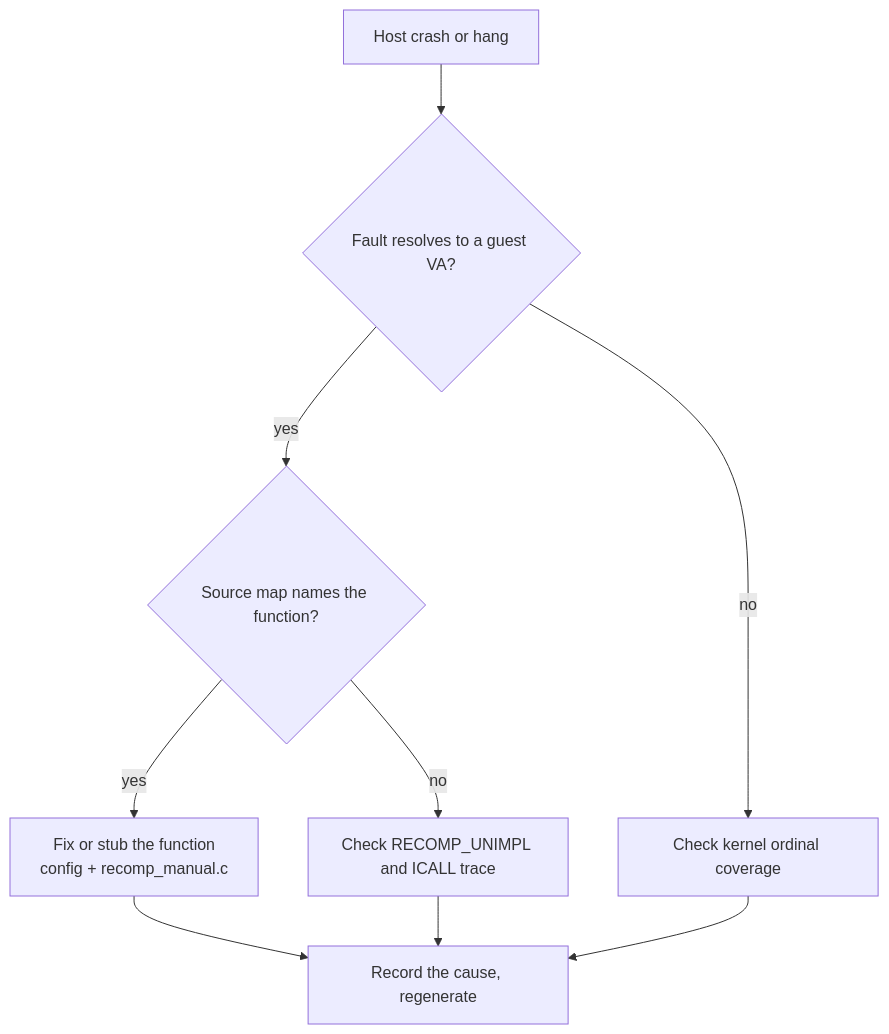
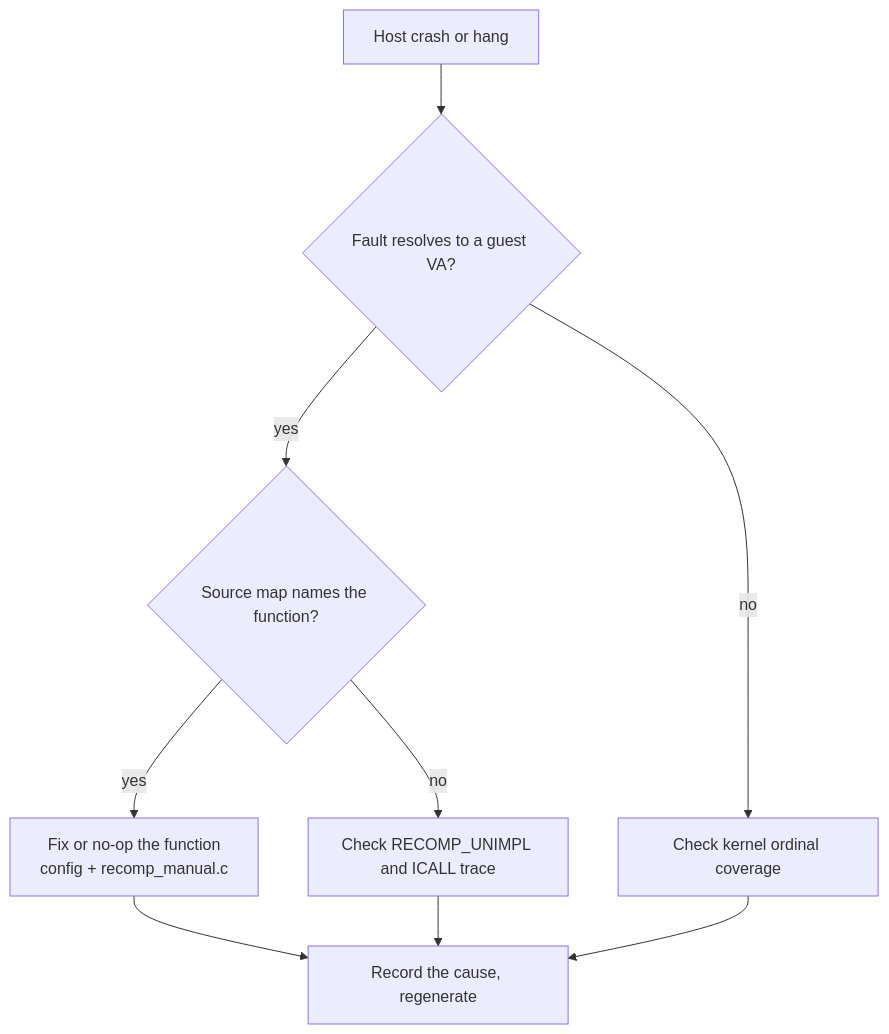
The eighth of 8 diagrams in recomp/docs/10-architecture.md (Modded-Software/xbox-on-deb), drawn with Mermaid before and after one commit. The commit also changed other lines of this file and 119 other files, not shown here.

````diff
--- a/recomp/docs/10-architecture.md
+++ b/recomp/docs/10-architecture.md
@@ -279,19 +279,19 @@
 ```mermaid
 flowchart TB
     Crash["Host crash or hang"]
     Addr{"Fault resolves to a guest VA?"}
     Named{"Source map names the function?"}
-    Override["Fix or stub the function<br/>config + recomp_manual.c"]
+    Override["Fix or no-op the function<br/>config + recomp_manual.c"]
     Unimpl["Check RECOMP_UNIMPL and ICALL trace"]
     Kernel["Check kernel ordinal coverage"]
     Record["Record the cause, regenerate"]
 
     Crash --> Addr
     Addr -->|yes| Named
     Addr -->|no| Kernel
     Named -->|yes| Override
     Named -->|no| Unimpl
     Override --> Record
     Unimpl --> Record
     Kernel --> Record
 ```
````
